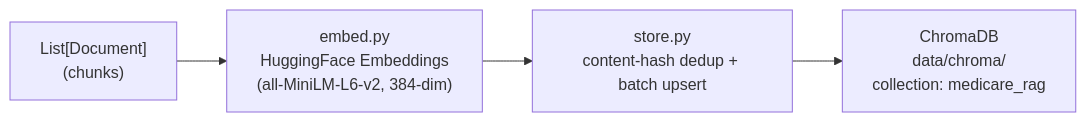
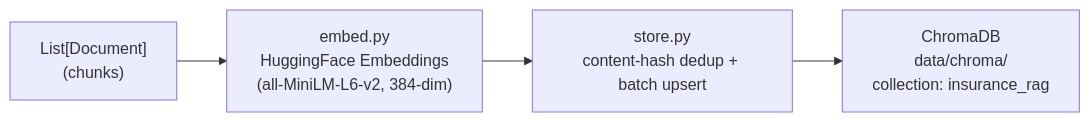
Before and after one commit to csmangum/insurance_rag: the fourth of 8 diagrams in ARCHITECTURE.md, drawn with Mermaid. The commit also changed other lines of this file and 67 other files, not shown here.

First line of the commit message:
Refactor Medicare RAG to Insurance RAG

````diff
--- a/ARCHITECTURE.md
+++ b/ARCHITECTURE.md
@@ -171,9 +171,9 @@
 ```mermaid
 flowchart LR
   Docs["List[Document]\n(chunks)"]
   Embed["embed.py\nHuggingFace Embeddings\n(all-MiniLM-L6-v2, 384-dim)"]
   Store["store.py\ncontent-hash dedup + batch upsert"]
-  Chroma["ChromaDB\ndata/chroma/\ncollection: medicare_rag"]
+  Chroma["ChromaDB\ndata/chroma/\ncollection: insurance_rag"]
 
   Docs --> Embed --> Store --> Chroma
 ```
````
